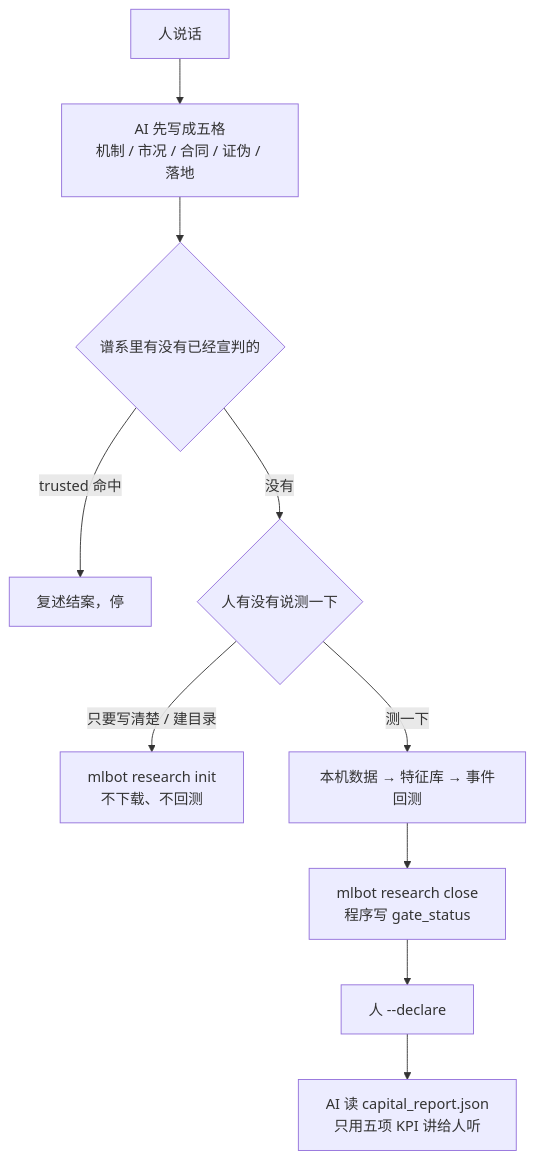
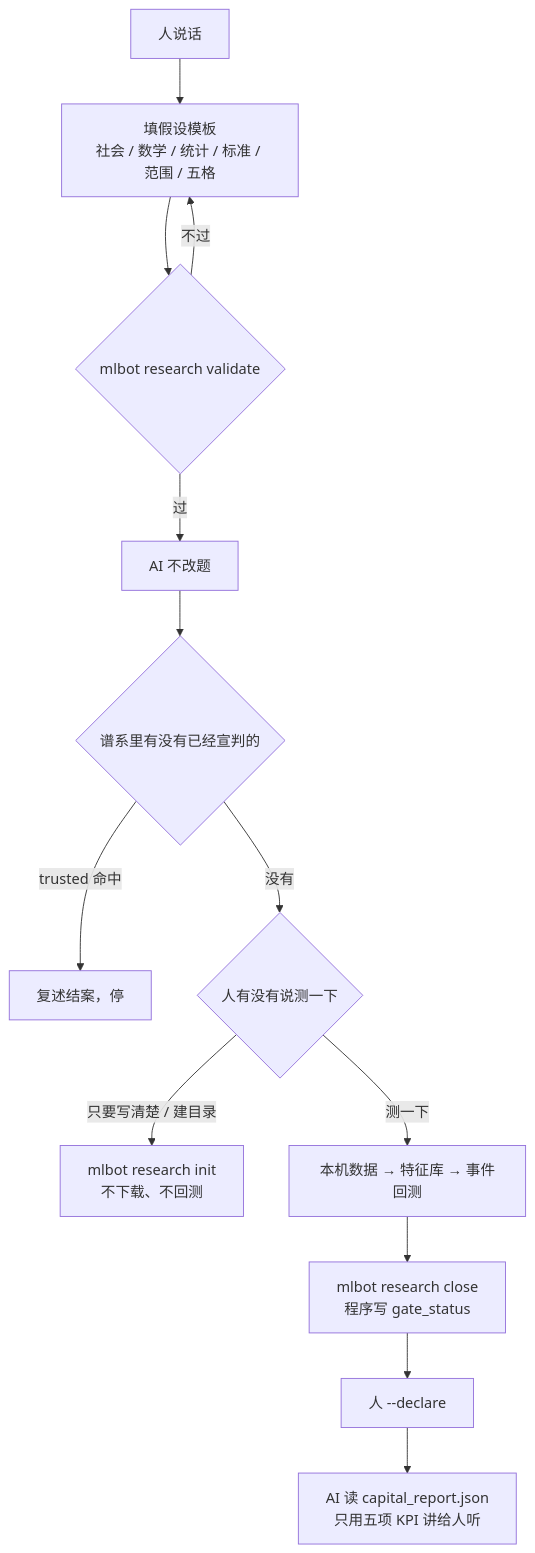
Before and after one commit to TradeEdgeX/interpretable-ml-trading: the first of 2 diagrams in docs/ARCHITECTURE.md, drawn with Mermaid. The commit also changed other lines of this file and 21 other files, not shown here.

First line of the commit message:
Add hypothesis template anatomy and mlbot research validate.

````diff
--- a/docs/ARCHITECTURE.md
+++ b/docs/ARCHITECTURE.md
@@ -23,12 +23,15 @@
 ```mermaid
 flowchart TD
-  H[人说话] --> A[AI 先写成五格<br/>机制 / 市况 / 合同 / 证伪 / 落地]
+  H[人说话] --> T[填假设模板<br/>社会 / 数学 / 统计 / 标准 / 范围 / 五格]
+  T --> V{mlbot research validate}
+  V -->|不过| T
+  V -->|过| A[AI 不改题]
   A --> I{谱系里有没有已经宣判的}
   I -->|trusted 命中| STOP[复述结案，停]
   I -->|没有| ASK{人有没有说测一下}
   ASK -->|只要写清楚 / 建目录| INIT["mlbot research init<br/>不下载、不回测"]
   ASK -->|测一下| MEAS[本机数据 → 特征库 → 事件回测]
   MEAS --> CLOSE["mlbot research close<br/>程序写 gate_status"]
   CLOSE --> HUM[人 --declare]
   HUM --> REP[AI 读 capital_report.json<br/>只用五项 KPI 讲给人听]
 ```
````
